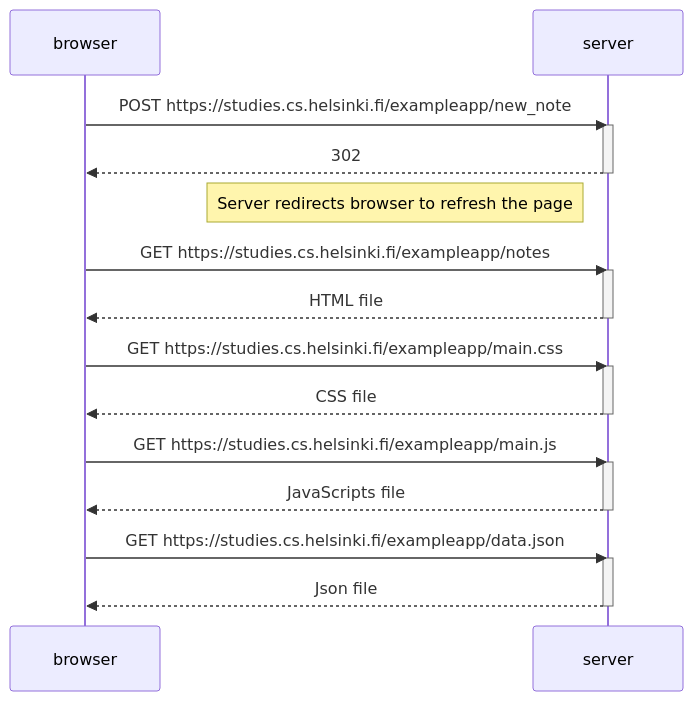
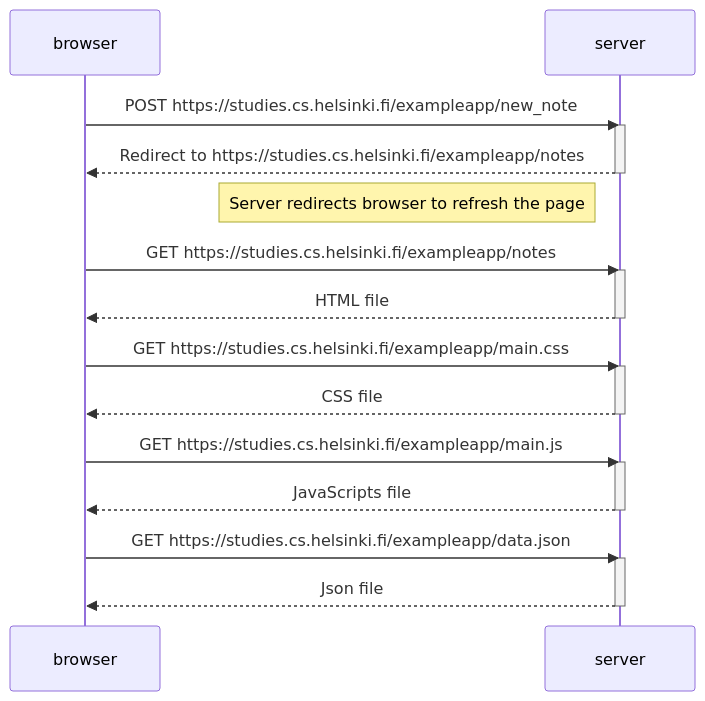
One commit to PineND/Full-Stack-Open changed the diagram in Part0/0.4.mermaid. Above: the diagram before and after it, drawn with Mermaid.

```diff
--- a/Part0/0.4.mermaid
+++ b/Part0/0.4.mermaid
@@ -1,30 +1,30 @@
 sequenceDiagram
     participant browser
     participant server
 
     browser->>server: POST https://studies.cs.helsinki.fi/exampleapp/new_note
     activate server
-    server-->>browser: 302
+    server-->>browser: Redirect to https://studies.cs.helsinki.fi/exampleapp/notes
     deactivate server
     Note left of server: Server redirects browser to refresh the page
 
 
     browser->>server: GET https://studies.cs.helsinki.fi/exampleapp/notes
     activate server
     server-->>browser: HTML file
     deactivate server
 
     browser->>server: GET https://studies.cs.helsinki.fi/exampleapp/main.css
     activate server
     server-->>browser: CSS file
     deactivate server
 
     browser->>server: GET https://studies.cs.helsinki.fi/exampleapp/main.js
     activate server
     server-->>browser: JavaScripts file
     deactivate server
 
      browser->>server: GET https://studies.cs.helsinki.fi/exampleapp/data.json
     activate server
     server-->>browser: Json file
     deactivate server
```
